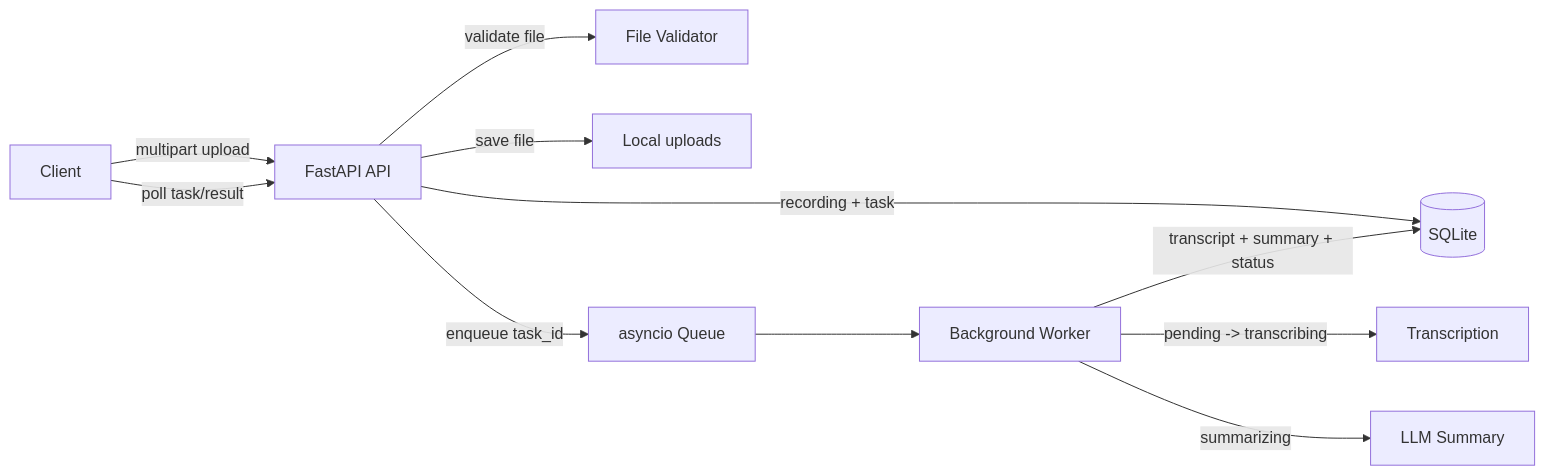
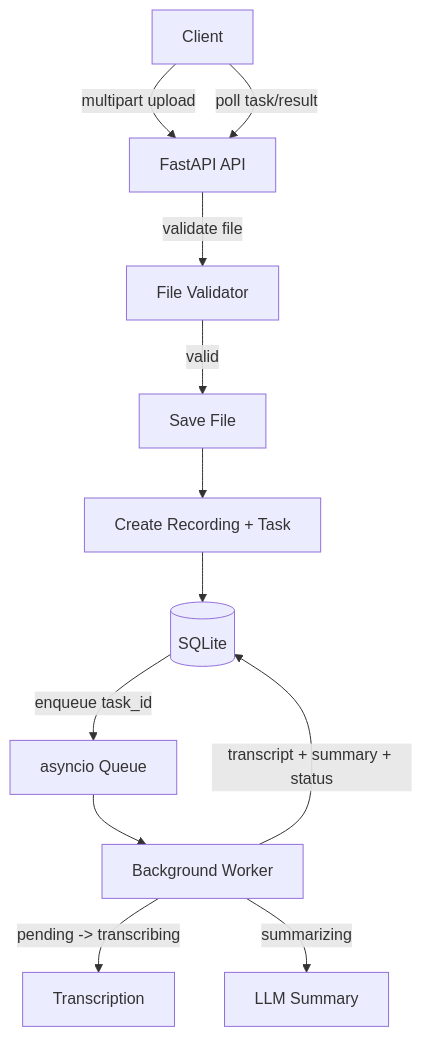
The diagram in README.md (caomei0304/Recording_transcription_API), drawn with Mermaid before and after one commit.

Commit message:
docs: update architecture diagram in README

````diff
--- a/README.md
+++ b/README.md
@@ -214,13 +214,15 @@
 ```mermaid
-flowchart LR
-    Client[Client] -->|multipart upload| API[FastAPI API]
+flowchart TD
+    Client[Client]
+    Client -->|multipart upload| API[FastAPI API]
     API -->|validate file| Validator[File Validator]
-    API -->|save file| Disk[Local uploads]
-    API -->|recording + task| DB[(SQLite)]
-    API -->|enqueue task_id| Queue[asyncio Queue]
+    Validator -->|valid| SaveFile[Save File]
+    SaveFile --> CreateTask[Create Recording + Task]
+    CreateTask --> DB[(SQLite)]
+    DB -->|enqueue task_id| Queue[asyncio Queue]
     Queue --> Worker[Background Worker]
     Worker -->|pending -> transcribing| ASR[Transcription]
     Worker -->|summarizing| LLM[LLM Summary]
     Worker -->|transcript + summary + status| DB
     Client -->|poll task/result| API
 ```
````
